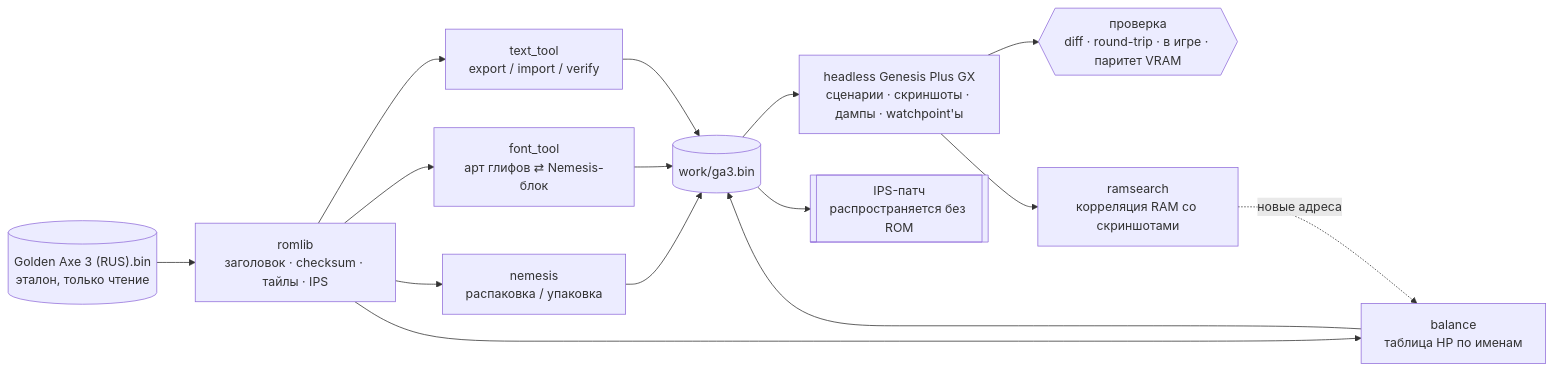
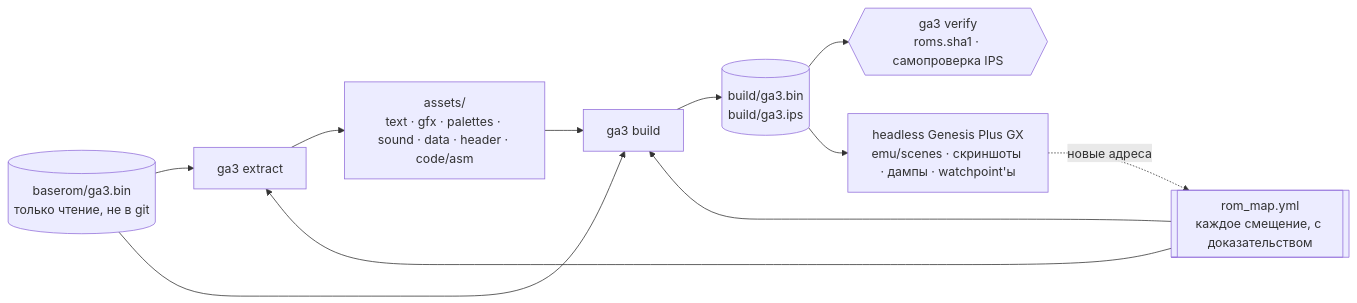
One commit to eugenez36/golden-axe3-game-rus changed the diagram in README.ru.md. Above: the diagram before and after it, drawn with Mermaid. The commit also changed other lines of this file and 30 other files, not shown here.

````diff
--- a/README.ru.md
+++ b/README.ru.md
@@ -45,14 +93,13 @@
 ```mermaid
 flowchart LR
-    ROM[("Golden Axe 3 (RUS).bin<br/>эталон, только чтение")] --> romlib[romlib<br/>заголовок · checksum · тайлы · IPS]
-    romlib --> text[text_tool<br/>export / import / verify]
-    romlib --> font[font_tool<br/>арт глифов ⇄ Nemesis-блок]
-    romlib --> nem[nemesis<br/>распаковка / упаковка]
-    romlib --> bal[balance<br/>таблица HP по именам]
-    text & font & nem & bal --> work[("work/ga3.bin")]
-    work --> emu[headless Genesis Plus GX<br/>сценарии · скриншоты · дампы · watchpoint'ы]
-    emu --> verify{{"проверка<br/>diff · round-trip · в игре · паритет VRAM"}}
-    emu --> ram[ramsearch<br/>корреляция RAM со скриншотами]
-    ram -. новые адреса .-> bal
-    work --> ips[["IPS-патч<br/>распространяется без ROM"]]
+    ROM[("baserom/ga3.bin<br/>только чтение, не в git")] --> X[ga3 extract]
+    MAP[["rom_map.yml<br/>каждое смещение, с доказательством"]] --> X
+    MAP --> B
+    X --> A["assets/<br/>text · gfx · palettes · sound · data · header · code/asm"]
+    A --> B[ga3 build]
+    ROM --> B
+    B --> OUT[("build/ga3.bin<br/>build/ga3.ips")]
+    OUT --> V{{"ga3 verify<br/>roms.sha1 · самопроверка IPS"}}
+    OUT --> E["headless Genesis Plus GX<br/>emu/scenes · скриншоты · дампы · watchpoint'ы"]
+    E -. новые адреса .-> MAP
 ```
````
